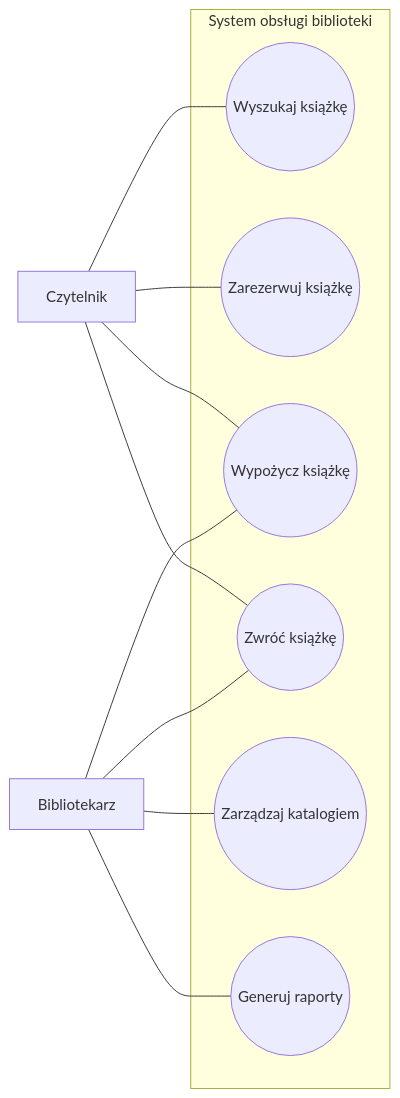
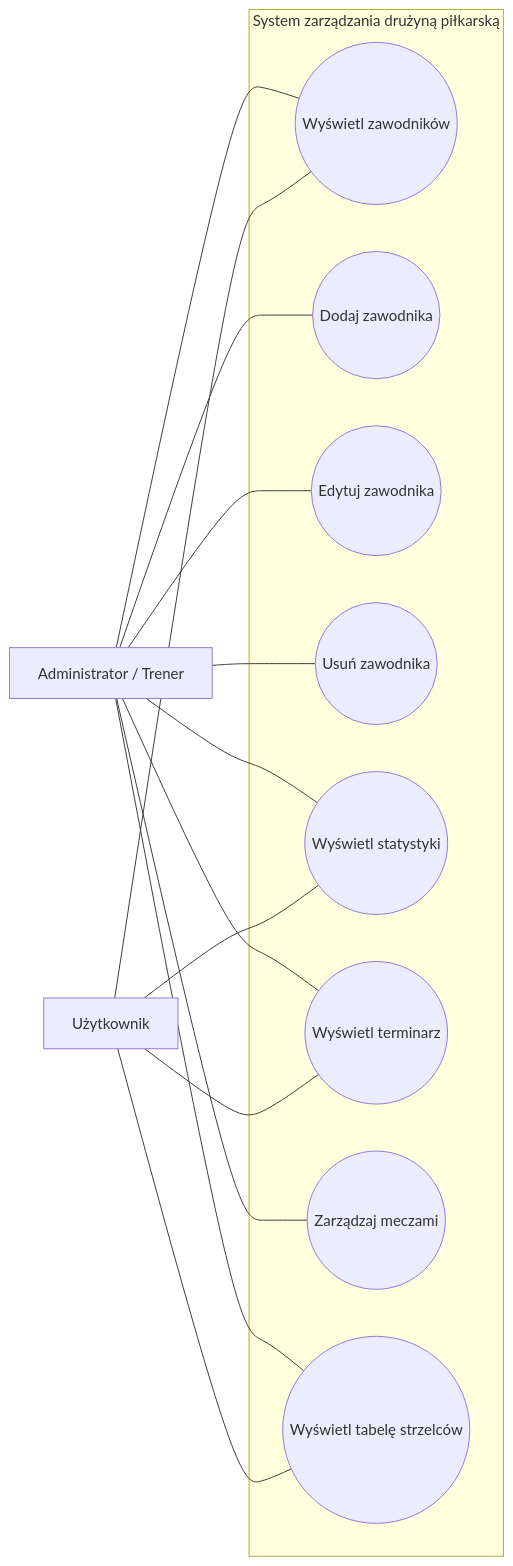
The diagram in README.md (alexszady/biblioteka-obsluga1), drawn with Mermaid before and after one commit. The commit also changed other lines of this file, not shown here.

````diff
--- a/README.md
+++ b/README.md
@@ -56,27 +113,33 @@
 ```mermaid
 flowchart LR
 
-    C[Czytelnik]
-    B[Bibliotekarz]
+    U[Użytkownik]
+    A[Administrator / Trener]
 
-    subgraph S[System obsługi biblioteki]
+    subgraph SYSTEM[System zarządzania drużyną piłkarską]
 
-        W((Wyszukaj książkę))
-        R((Zarezerwuj książkę))
-        WY((Wypożycz książkę))
-        Z((Zwróć książkę))
-        K((Zarządzaj katalogiem))
-        G((Generuj raporty))
+        P1((Wyświetl zawodników))
+        P2((Dodaj zawodnika))
+        P3((Edytuj zawodnika))
+        P4((Usuń zawodnika))
+        P5((Wyświetl statystyki))
+        P6((Wyświetl terminarz))
+        P7((Zarządzaj meczami))
+        P8((Wyświetl tabelę strzelców))
 
     end
 
-    C --- W
-    C --- R
-    C --- WY
-    C --- Z
+    U --- P1
+    U --- P5
+    U --- P6
+    U --- P8
 
-    B --- WY
-    B --- Z
-    B --- K
-    B --- G
+    A --- P1
+    A --- P2
+    A --- P3
+    A --- P4
+    A --- P5
+    A --- P6
+    A --- P7
+    A --- P8
 ```
````
